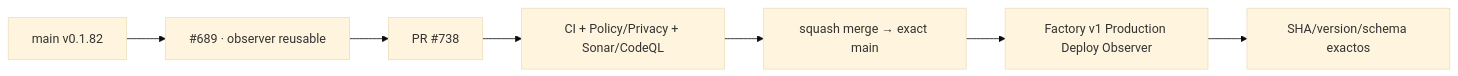
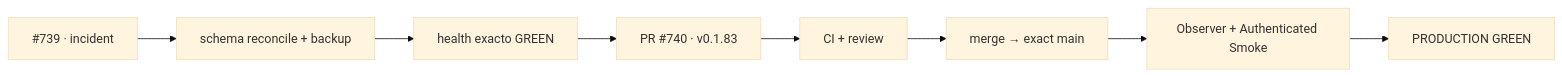
One commit to pl0n3r/brvtal changed the diagram in README.md. Above: the diagram before and after it, drawn with Mermaid (base theme). The commit also changed other lines of this file and 8 other files, not shown here.

First line of the commit message:
fix(prod): recover authenticated production smoke (#739) (v0.1.83)

````diff
--- a/README.md
+++ b/README.md
@@ -66,9 +70,10 @@
 ```mermaid
 flowchart LR
-  A["main v0.1.82"] --> B["#689 · observer reusable"]
-  B --> C["PR #738"]
-  C --> D["CI + Policy/Privacy + Sonar/CodeQL"]
-  D --> E["squash merge → exact main"]
-  E --> F["Factory v1 Production Deploy Observer"]
-  F --> G["SHA/version/schema exactos"]
+  A["#739 · incident"] --> B["schema reconcile + backup"]
+  B --> C["health exacto GREEN"]
+  C --> D["PR #740 · v0.1.83"]
+  D --> E["CI + review"]
+  E --> F["merge → exact main"]
+  F --> G["Observer + Authenticated Smoke"]
+  G --> H["PRODUCTION GREEN"]
 ```
````
